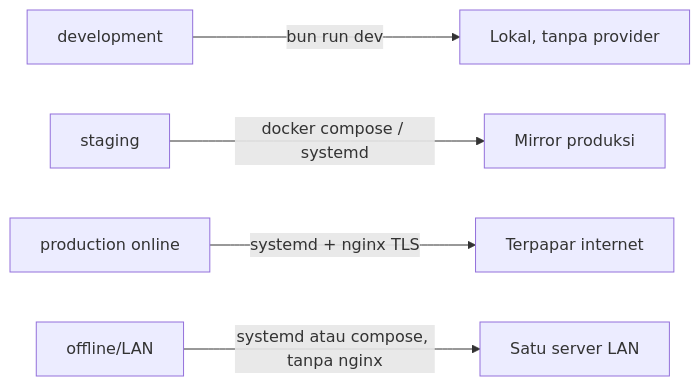
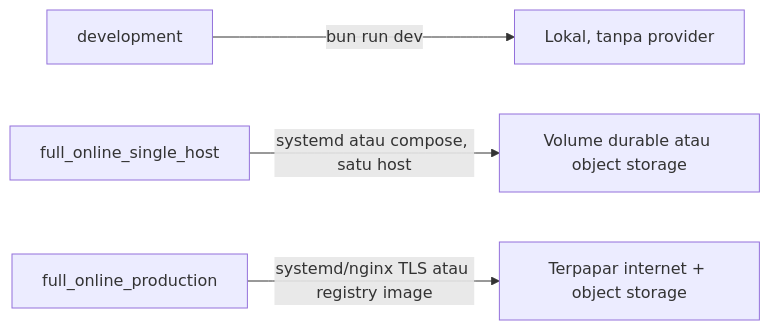
The first of 2 diagrams in docs/awcms-micro/deployment-profiles.md (ahliweb/awcms-micro), drawn with Mermaid before and after one commit. The commit also changed other lines of this file and 23 other files, not shown here.

First line of the commit message:
docs(scope): reconcile full-online deployment, sync-storage purpose, and durable object-storage profiles (#275)

````diff
--- a/docs/awcms-micro/deployment-profiles.md
+++ b/docs/awcms-micro/deployment-profiles.md
@@ -11,7 +25,6 @@
 ```mermaid
 flowchart LR
   Dev[development] -->|bun run dev| Local[Lokal, tanpa provider]
-  Stg[staging] -->|docker compose / systemd| Mirror[Mirror produksi]
-  Prod[production online] -->|systemd + nginx TLS| Public[Terpapar internet]
-  Lan[offline/LAN] -->|systemd atau compose, tanpa nginx| Lan1[Satu server LAN]
+  SH[full_online_single_host] -->|systemd atau compose, satu host| Durable[Volume durable atau object storage]
+  Prod[full_online_production] -->|systemd/nginx TLS atau registry image| Public[Terpapar internet + object storage]
 ```
````
